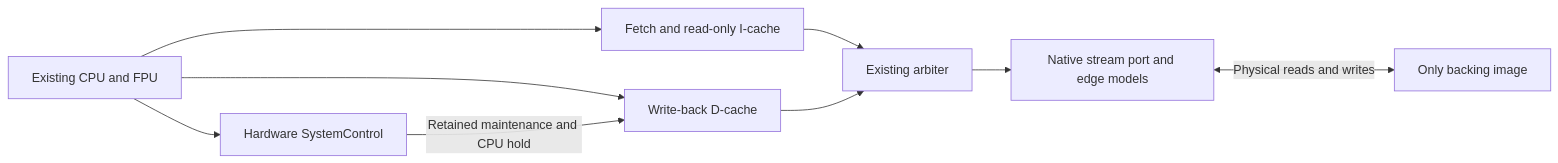
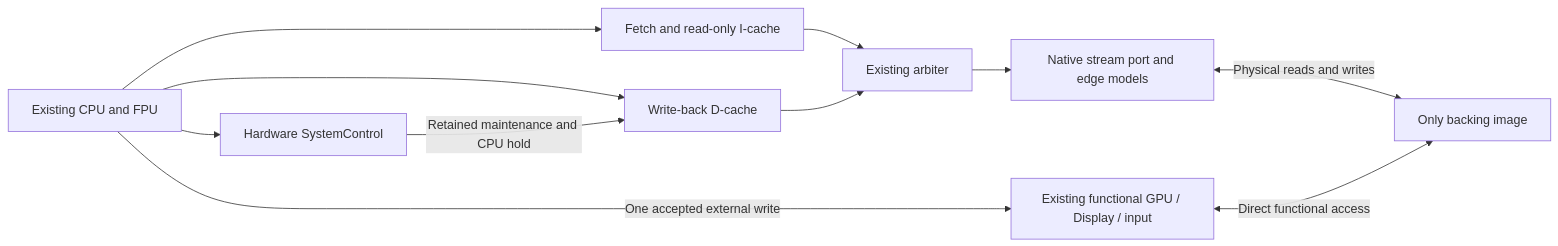
One commit to misdake/DigitalDesign changed the second of 2 diagrams in systems/cpu-v3-tang-nano-20k/docs/host-simulation.md. Above: the diagram before and after it, drawn with Mermaid. The commit also changed other lines of this file and 15 other files, not shown here.

````diff
--- a/systems/cpu-v3-tang-nano-20k/docs/host-simulation.md
+++ b/systems/cpu-v3-tang-nano-20k/docs/host-simulation.md
@@ -139,11 +189,13 @@
 ```mermaid
 flowchart LR
   C[Existing CPU and FPU] --> F[Fetch and read-only I-cache]
   C --> D[Write-back D-cache]
   C --> S[Hardware SystemControl]
   S -->|Retained maintenance and CPU hold| D
   F --> A[Existing arbiter]
   D --> A
   A --> P[Native stream port and edge models]
   P <-->|Physical reads and writes| M[Only backing image]
+  C -->|One accepted external write| G[Existing functional GPU / Display / input]
+  G <-->|Direct functional access| M
 ```
````
